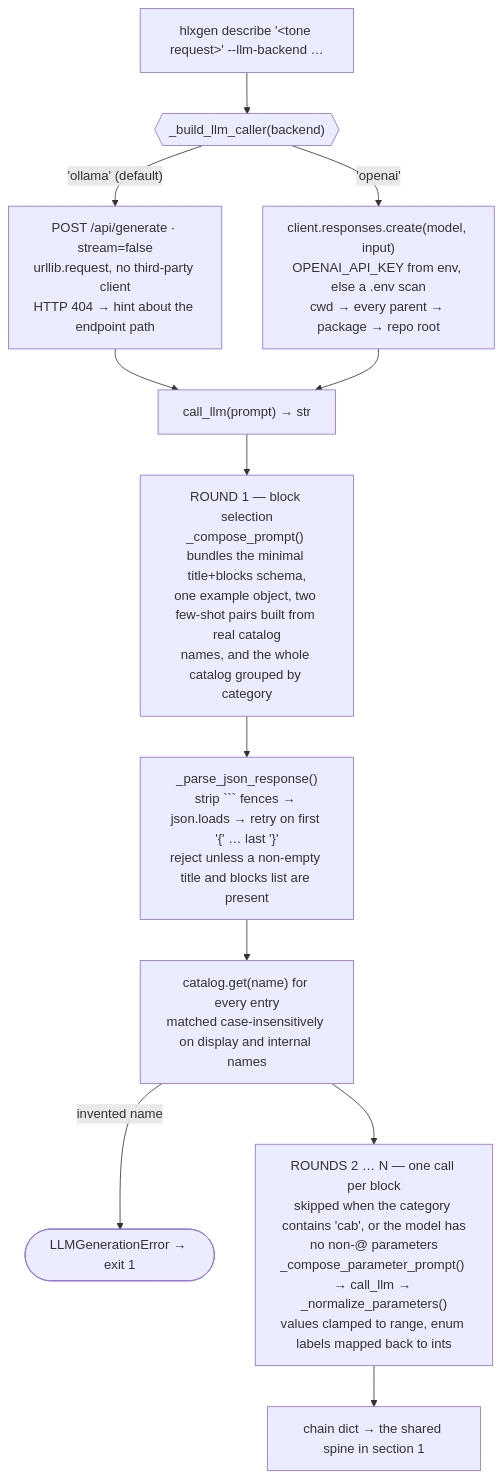
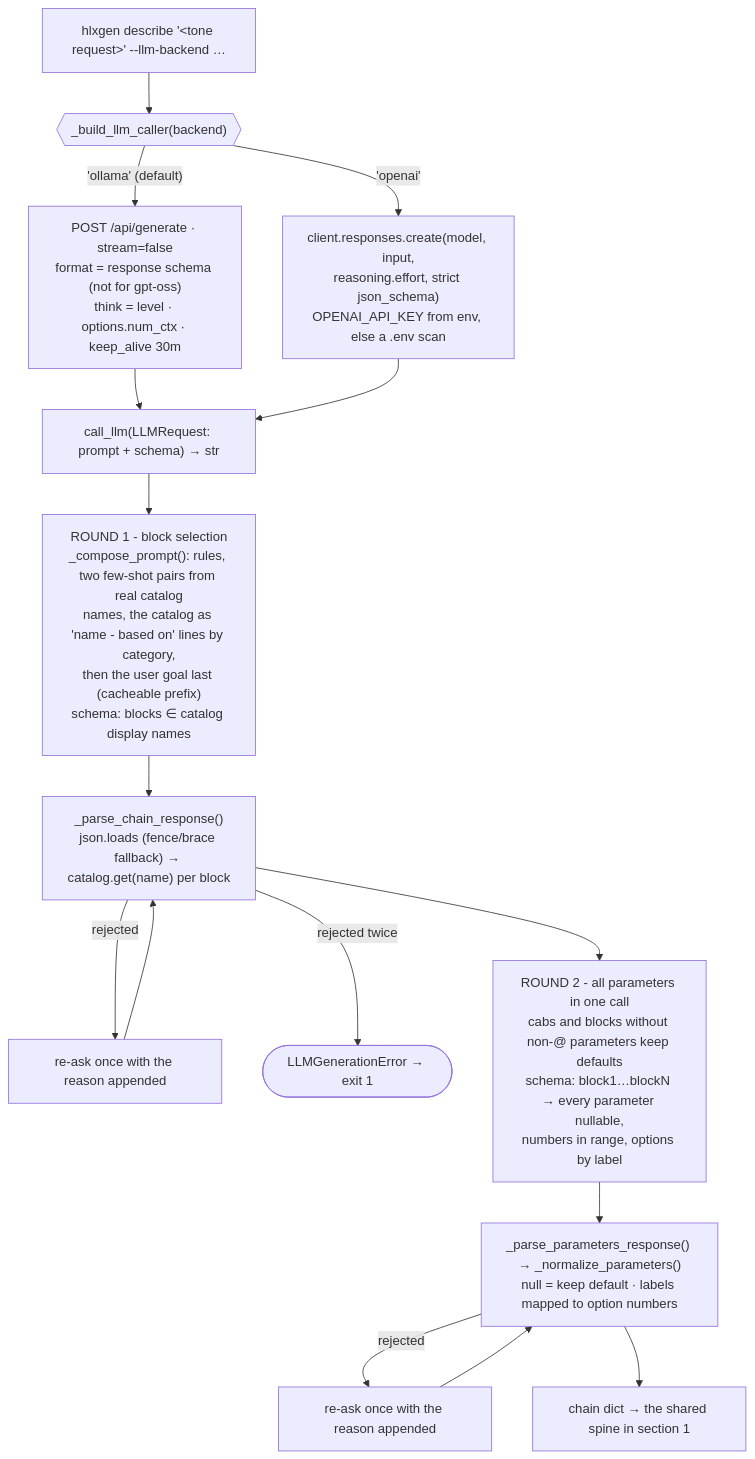
Before and after one commit to ORogers/HelixGen: the second of 3 diagrams in docs/application_flow.md, drawn with Mermaid. The commit also changed other lines of this file and 9 other files, not shown here.

````diff
--- a/docs/application_flow.md
+++ b/docs/application_flow.md
@@ -74,16 +74,18 @@
 ```mermaid
 flowchart TD
     start["hlxgen describe '&lt;tone request&gt;' --llm-backend …"] --> pick{{"_build_llm_caller(backend)"}}
-    pick -- "'ollama' (default)" --> ol["POST /api/generate · stream=false<br>urllib.request, no third-party client<br>HTTP 404 → hint about the endpoint path"]
-    pick -- "'openai'" --> oa["client.responses.create(model, input)<br>OPENAI_API_KEY from env, else a .env scan<br>cwd → every parent → package → repo root"]
+    pick -- "'ollama' (default)" --> ol["POST /api/generate · stream=false<br>format = response schema (not for gpt-oss)<br>think = level · options.num_ctx · keep_alive 30m"]
+    pick -- "'openai'" --> oa["client.responses.create(model, input,<br>reasoning.effort, strict json_schema)<br>OPENAI_API_KEY from env, else a .env scan"]
 
-    ol --> closure["call_llm(prompt) → str"]
+    ol --> closure["call_llm(LLMRequest: prompt + schema) → str"]
     oa --> closure
 
-    closure --> r1["ROUND 1 — block selection<br>_compose_prompt() bundles the minimal title+blocks schema,<br>one example object, two few-shot pairs built from real catalog<br>names, and the whole catalog grouped by category"]
-    r1 --> parse["_parse_json_response()<br>strip ``` fences → json.loads → retry on first '{' … last '}'<br>reject unless a non-empty title and blocks list are present"]
-    parse --> resolve["catalog.get(name) for every entry<br>matched case-insensitively on display and internal names"]
-    resolve -- "invented name" --> fail(["LLMGenerationError → exit 1"])
-    resolve --> r2["ROUNDS 2 … N — one call per block<br>skipped when the category contains 'cab', or the model has<br>no non-@ parameters<br>_compose_parameter_prompt() → call_llm → _normalize_parameters()<br>values clamped to range, enum labels mapped back to ints"]
-    r2 --> out["chain dict → the shared spine in section 1"]
+    closure --> r1["ROUND 1 - block selection<br>_compose_prompt(): rules, two few-shot pairs from real catalog<br>names, the catalog as 'name - based on' lines by category,<br>then the user goal last (cacheable prefix)<br>schema: blocks ∈ catalog display names"]
+    r1 --> parse["_parse_chain_response()<br>json.loads (fence/brace fallback) → catalog.get(name) per block"]
+    parse -- "rejected" --> retry1["re-ask once with the reason appended"] --> parse
+    parse -- "rejected twice" --> fail(["LLMGenerationError → exit 1"])
+    parse --> r2["ROUND 2 - all parameters in one call<br>cabs and blocks without non-@ parameters keep defaults<br>schema: block1…blockN → every parameter nullable,<br>numbers in range, options by label"]
+    r2 --> norm["_parse_parameters_response() → _normalize_parameters()<br>null = keep default · labels mapped to option numbers"]
+    norm -- "rejected" --> retry2["re-ask once with the reason appended"] --> norm
+    norm --> out["chain dict → the shared spine in section 1"]
 ```
````
